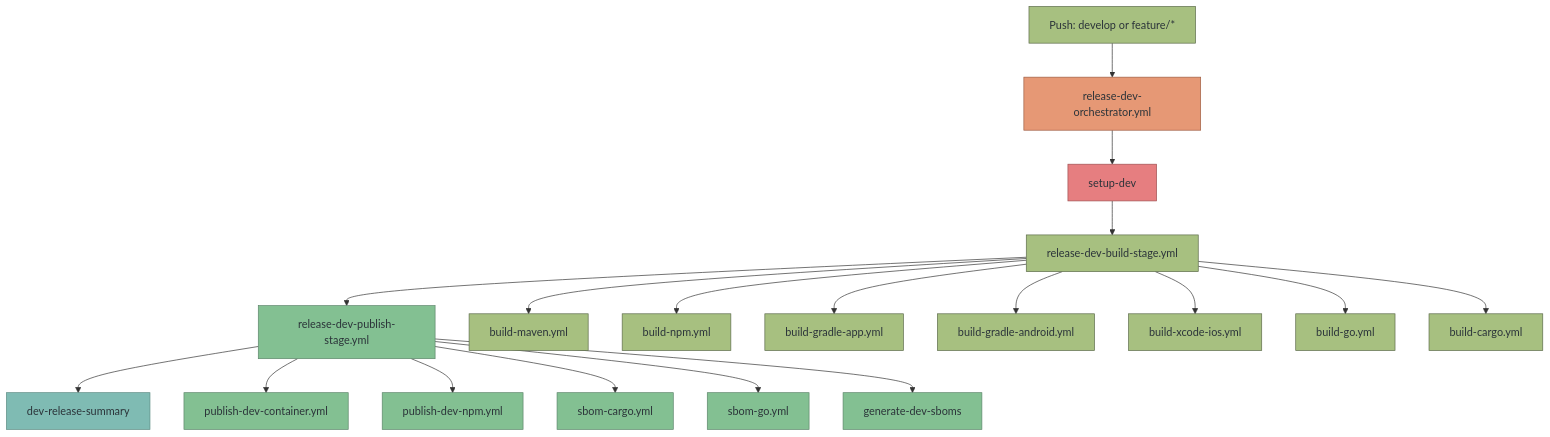
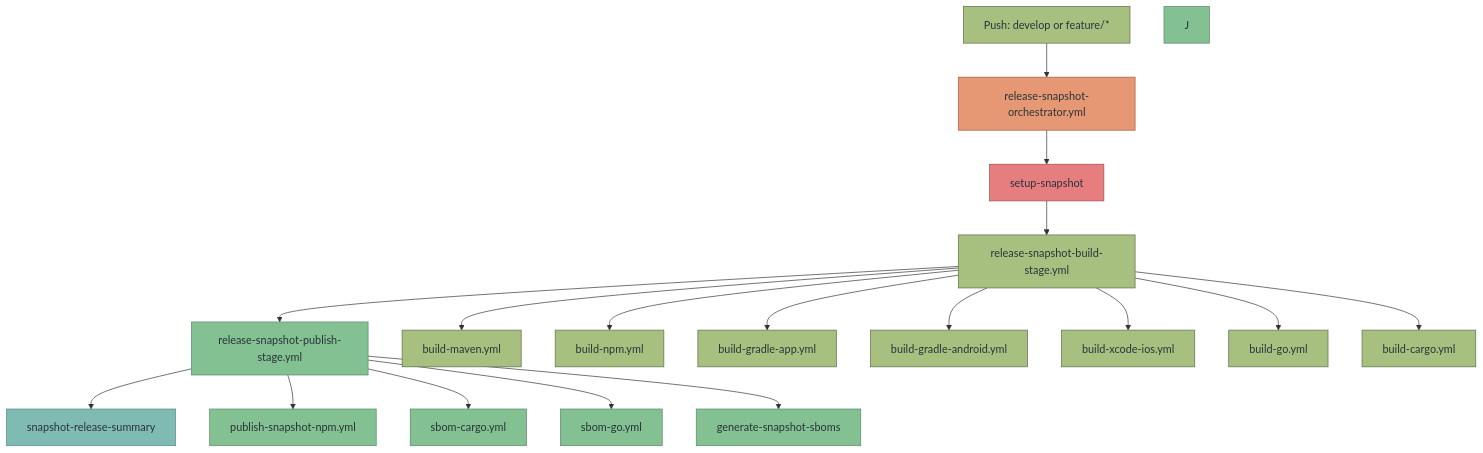
One commit to diggsweden/reusable-ci changed the third of 5 diagrams in docs/workflows.md. Above: the diagram before and after it, drawn with Mermaid. The commit also changed other lines of this file and 23 other files, not shown here.

````diff
--- a/docs/workflows.md
+++ b/docs/workflows.md
@@ -229,41 +244,40 @@
 ```mermaid
 graph TD
-    A[Push: develop or feature/*] --> B[release-dev-orchestrator.yml]
-    B --> C[setup-dev]
-    C --> D[release-dev-build-stage.yml]
-    D --> E[release-dev-publish-stage.yml]
-    E --> F[dev-release-summary]
+    A[Push: develop or feature/*] --> B[release-snapshot-orchestrator.yml]
+    B --> C[setup-snapshot]
+    C --> D[release-snapshot-build-stage.yml]
+    D --> E[release-snapshot-publish-stage.yml]
+    E --> F[snapshot-release-summary]
 
     D --> G[build-maven.yml]
     D --> H[build-npm.yml]
     D --> I[build-gradle-app.yml]
     D --> I2[build-gradle-android.yml]
     D --> I3[build-xcode-ios.yml]
     D --> I4[build-go.yml]
     D --> I5[build-cargo.yml]
 
-    E --> J[publish-dev-container.yml]
-    E --> K[publish-dev-npm.yml]
+    E --> K[publish-snapshot-npm.yml]
     E --> L[sbom-cargo.yml]
     E --> L2[sbom-go.yml]
-    E --> M[generate-dev-sboms]
+    E --> M[generate-snapshot-sboms]
 
     style A fill:#a7c080,stroke:#5c6a4a,color:#2b3339
     style B fill:#e69875,stroke:#9d5c41,color:#2b3339
     style C fill:#e67e80,stroke:#9d4f50,color:#2b3339
     style D fill:#a7c080,stroke:#5c6a4a,color:#2b3339
     style E fill:#83c092,stroke:#5c856a,color:#2b3339
     style F fill:#7fbbb3,stroke:#5a8a82,color:#2b3339
     style G fill:#a7c080,stroke:#5c6a4a,color:#2b3339
     style H fill:#a7c080,stroke:#5c6a4a,color:#2b3339
     style I fill:#a7c080,stroke:#5c6a4a,color:#2b3339
     style I2 fill:#a7c080,stroke:#5c6a4a,color:#2b3339
     style I3 fill:#a7c080,stroke:#5c6a4a,color:#2b3339
     style I4 fill:#a7c080,stroke:#5c6a4a,color:#2b3339
     style I5 fill:#a7c080,stroke:#5c6a4a,color:#2b3339
     style J fill:#83c092,stroke:#5c856a,color:#2b3339
     style K fill:#83c092,stroke:#5c856a,color:#2b3339
     style L fill:#83c092,stroke:#5c856a,color:#2b3339
     style L2 fill:#83c092,stroke:#5c856a,color:#2b3339
     style M fill:#83c092,stroke:#5c856a,color:#2b3339
 ```
````
